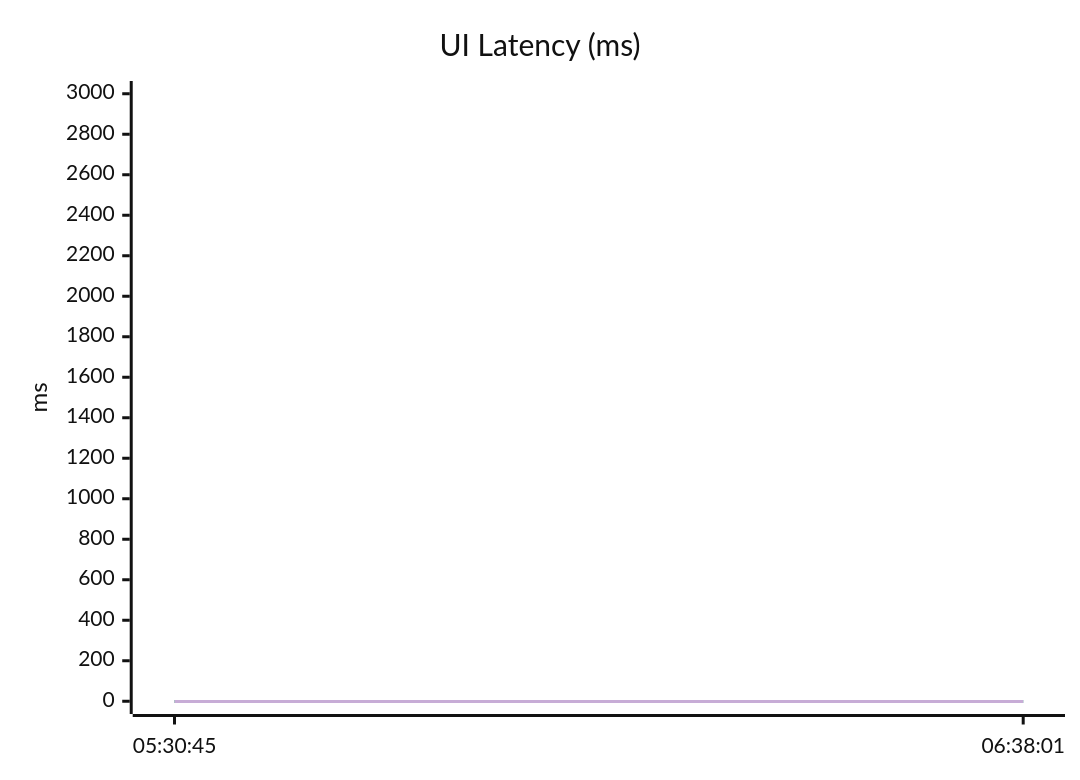
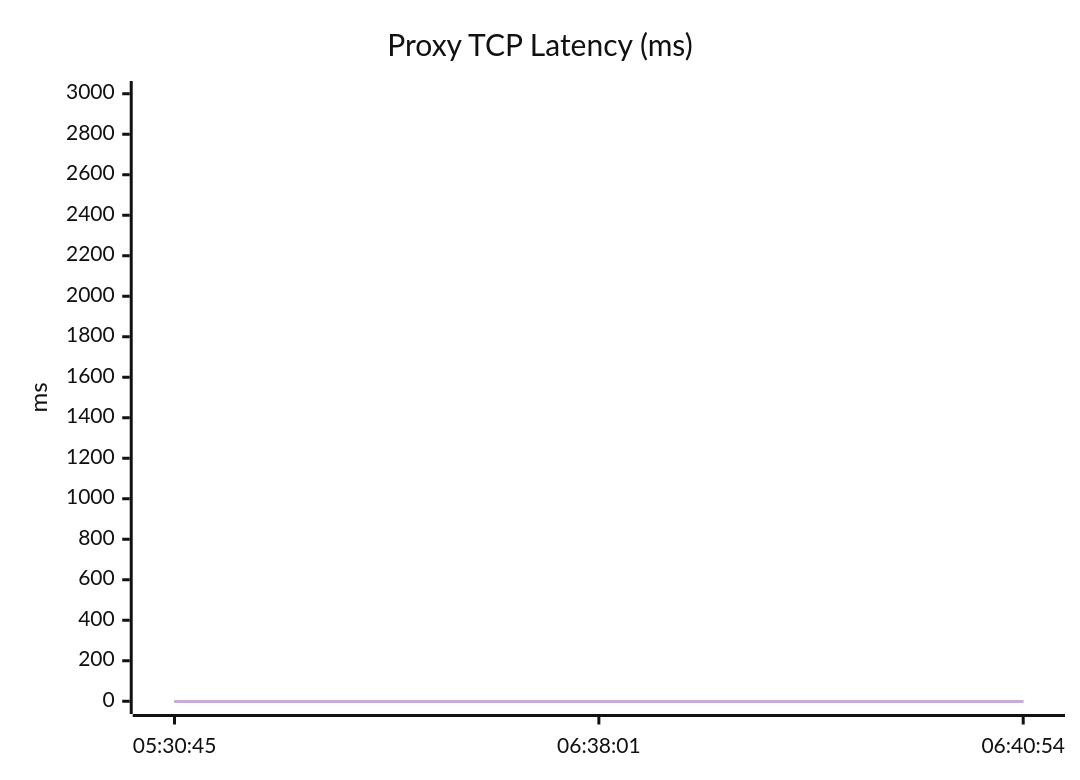
Before and after one commit to greenwave1987/clash_test: the diagram in README.md, drawn with Mermaid (neutral theme). The commit also changed other lines of this file and 1 other file, not shown here.

Commit message:
chore: update proxy tcp latency

````diff
--- a/README.md
+++ b/README.md
@@ -17,10 +18,10 @@
 ```mermaid
 xychart-beta
-  title "UI Latency (ms)"
-  x-axis ["05:30:45", "06:38:01"]
+  title "Proxy TCP Latency (ms)"
+  x-axis ["05:30:45", "06:38:01", "06:40:54"]
   y-axis "ms" 0 --> 3000
-  line "jz.***.uy" [-1, -1]
-  line "jz.***.io" [-1, -1]
-  line "greenwave1987.***.in" [-1, -1]
-  line "jz.***.xyz" [-1, -1]
+  line "http://jz.***.uy" [-1, -1, -1]
+  line "http://jz.***.io" [-1, -1, -1]
+  line "http://greenwave1987.***.in" [-1, -1, -1]
+  line "http://jz.***.xyz" [-1, -1, -1]
 ```
````
